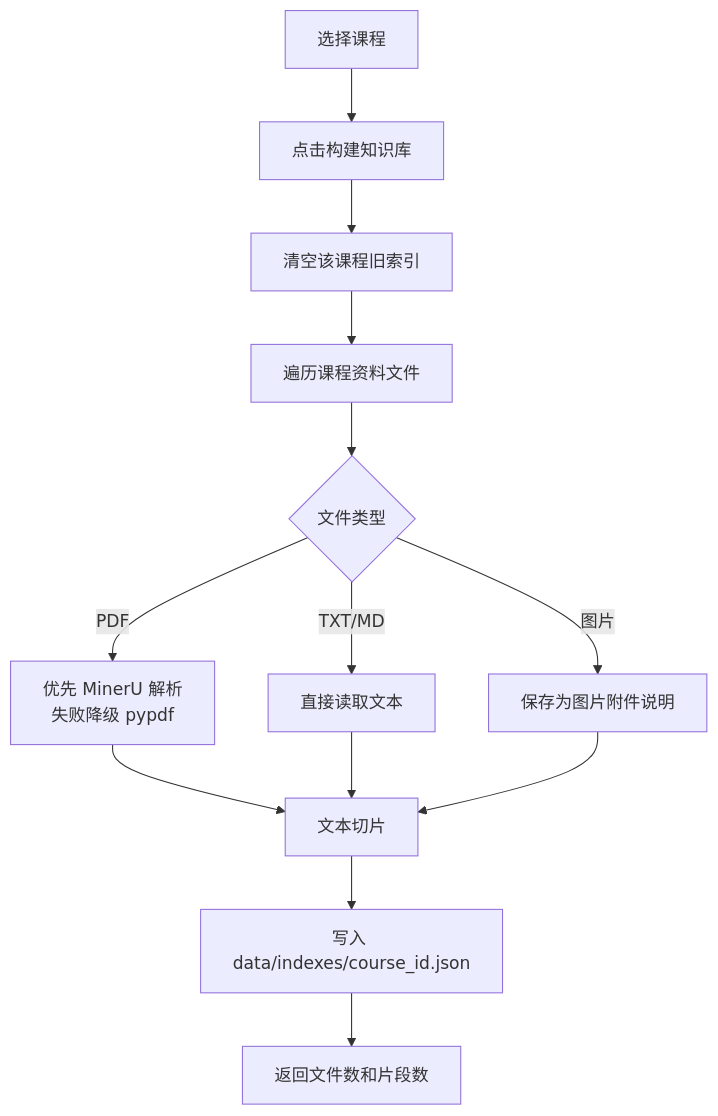
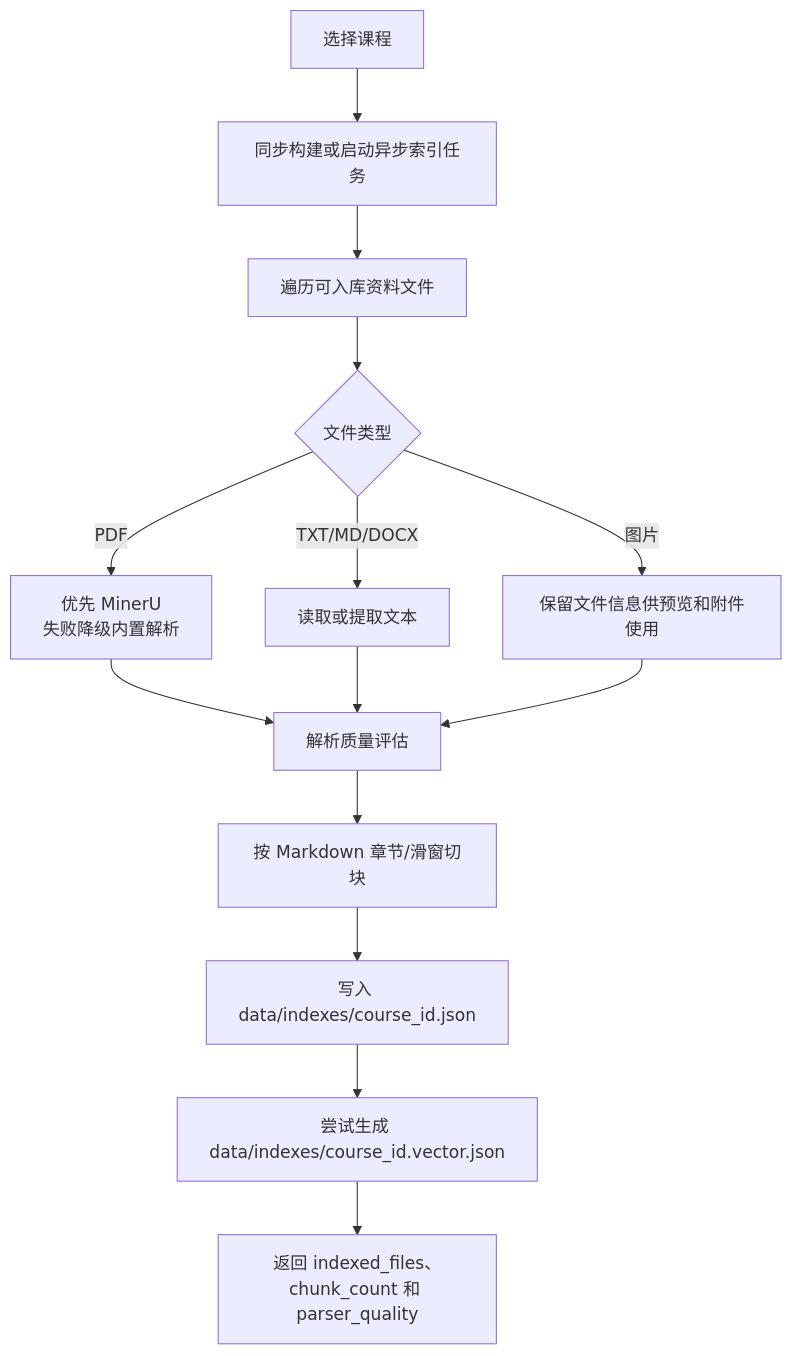
One commit to LuMH1027/ai-learn-assistant changed the sixth of 9 diagrams in docs/系统设计.md. Above: the diagram before and after it, drawn with Mermaid. The commit also changed other lines of this file and 26 other files, not shown here.

````diff
--- a/docs/系统设计.md
+++ b/docs/系统设计.md
@@ -183,15 +216,16 @@
 ```mermaid
 flowchart TD
-    A["选择课程"] --> B["点击构建知识库"]
-    B --> C["清空该课程旧索引"]
-    C --> D["遍历课程资料文件"]
-    D --> E{"文件类型"}
-    E -- PDF --> F["优先 MinerU 解析<br/>失败降级 pypdf"]
-    E -- TXT/MD --> G["直接读取文本"]
-    E -- 图片 --> H["保存为图片附件说明"]
-    F --> I["文本切片"]
-    G --> I
-    H --> I
+    A["选择课程"] --> B["同步构建或启动异步索引任务"]
+    B --> C["遍历可入库资料文件"]
+    C --> D{"文件类型"}
+    D -- PDF --> E["优先 MinerU<br/>失败降级内置解析"]
+    D -- TXT/MD/DOCX --> F["读取或提取文本"]
+    D -- 图片 --> G["保留文件信息供预览和附件使用"]
+    E --> H["解析质量评估"]
+    F --> H
+    G --> H
+    H --> I["按 Markdown 章节/滑窗切块"]
     I --> J["写入 data/indexes/course_id.json"]
-    J --> K["返回文件数和片段数"]
+    J --> K["尝试生成 data/indexes/course_id.vector.json"]
+    K --> L["返回 indexed_files、chunk_count 和 parser_quality"]
 ```
````
